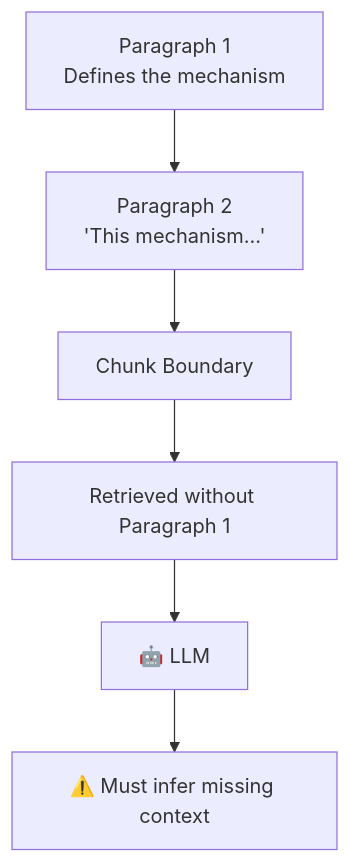
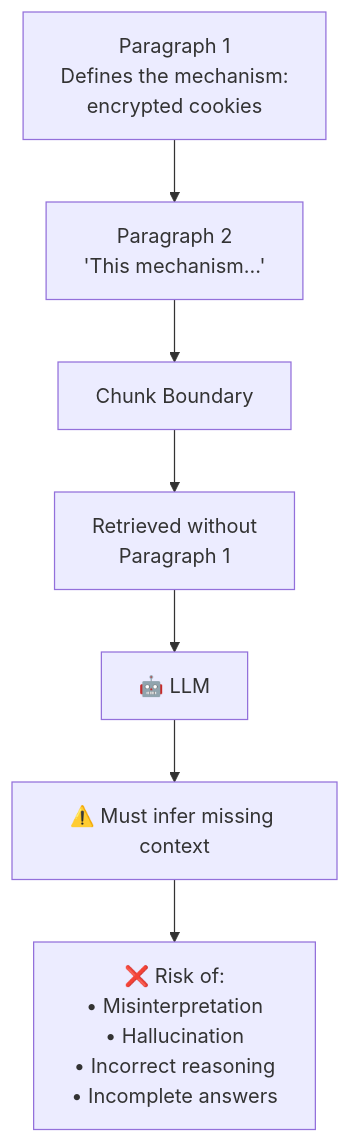
The fifth of 14 diagrams in Lecture 18 - Vectorless RAG and LLM Wiki/notes/01_limitations_vector_rag_chunking.md (Amie-dev/FDE-and-GenAI-Mastery), drawn with Mermaid before and after one commit. The commit also changed other lines of this file and 6 other files, not shown here.

````diff
--- a/Lecture 18 - Vectorless RAG and LLM Wiki/notes/01_limitations_vector_rag_chunking.md
+++ b/Lecture 18 - Vectorless RAG and LLM Wiki/notes/01_limitations_vector_rag_chunking.md
@@ -281,14 +370,15 @@
 ```mermaid
 flowchart TD
 
-    P1["Paragraph 1<br/>Defines the mechanism"]
+    P1["Paragraph 1<br/>Defines the mechanism:<br/>encrypted cookies"]
     P2["Paragraph 2<br/>'This mechanism...'"]
 
     P1 --> P2
 
     P2 --> C["Chunk Boundary"]
-    C --> RET["Retrieved without Paragraph 1"]
+    C --> RET["Retrieved without<br/>Paragraph 1"]
 
     RET --> LLM["🤖 LLM"]
     LLM --> GUESS["⚠️ Must infer missing context"]
+    GUESS --> RISK["❌ Risk of:<br/>• Misinterpretation<br/>• Hallucination<br/>• Incorrect reasoning<br/>• Incomplete answers"]
 ```
````
